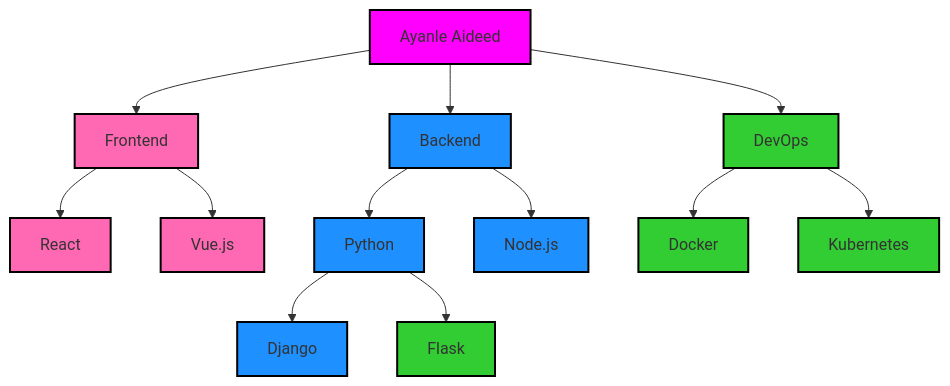
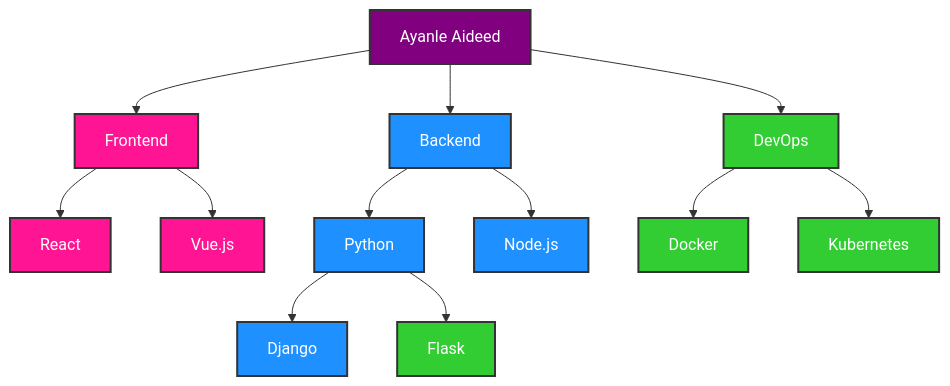
The third of 3 diagrams in README.md (Ayanleaideed/Ayanleaideed), drawn with Mermaid before and after one commit. The commit also changed other lines of this file, not shown here.

````diff
--- a/README.md
+++ b/README.md
@@ -100,26 +100,27 @@
-```mermaid
-graph TD
+  ```mermaid
+  graph TD
     A[Ayanle Aideed] --> B[Frontend]
     A --> C[Backend]
     A --> D[DevOps]
     B --> E[React]
     B --> F[Vue.js]
     C --> G[Python]
     C --> H[Node.js]
     D --> I[Docker]
     D --> J[Kubernetes]
     G --> L[Django]
     G --> M[Flask]
-    style A fill:#FF00FF,stroke:#000000,stroke-width:2px
-    style B fill:#FF69B4,stroke:#000000,stroke-width:2px
-    style C fill:#1E90FF,stroke:#000000,stroke-width:2px
-    style D fill:#32CD32,stroke:#000000,stroke-width:2px
-    style E fill:#FF69B4,stroke:#000000,stroke-width:2px
-    style F fill:#FF69B4,stroke:#000000,stroke-width:2px
-    style G fill:#1E90FF,stroke:#000000,stroke-width:2px
-    style H fill:#1E90FF,stroke:#000000,stroke-width:2px
-    style I fill:#32CD32,stroke:#000000,stroke-width:2px
-    style J fill:#32CD32,stroke:#000000,stroke-width:2px
-    style L fill:#1E90FF,stroke:#000000,stroke-width:2px
-    style M fill:#32CD32,stroke:#000000,stroke-width:2px
+
+    style A fill:#800080,stroke:#333333,stroke-width:2px,color:#ffffff
+    style B fill:#FF1493,stroke:#333333,stroke-width:2px,color:#ffffff
+    style C fill:#1E90FF,stroke:#333333,stroke-width:2px,color:#ffffff
+    style D fill:#32CD32,stroke:#333333,stroke-width:2px,color:#ffffff
+    style E fill:#FF1493,stroke:#333333,stroke-width:2px,color:#ffffff
+    style F fill:#FF1493,stroke:#333333,stroke-width:2px,color:#ffffff
+    style G fill:#1E90FF,stroke:#333333,stroke-width:2px,color:#ffffff
+    style H fill:#1E90FF,stroke:#333333,stroke-width:2px,color:#ffffff
+    style I fill:#32CD32,stroke:#333333,stroke-width:2px,color:#ffffff
+    style J fill:#32CD32,stroke:#333333,stroke-width:2px,color:#ffffff
+    style L fill:#1E90FF,stroke:#333333,stroke-width:2px,color:#ffffff
+    style M fill:#32CD32,stroke:#333333,stroke-width:2px,color:#ffffff
 ```
````
